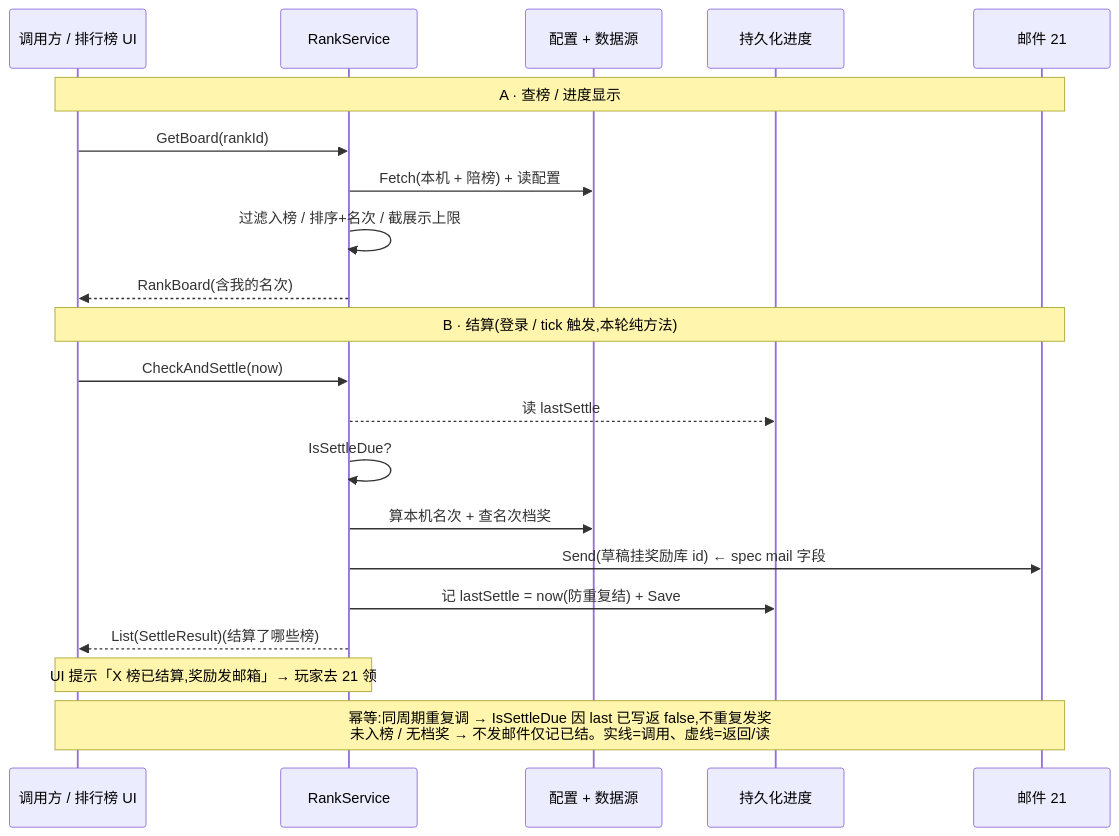
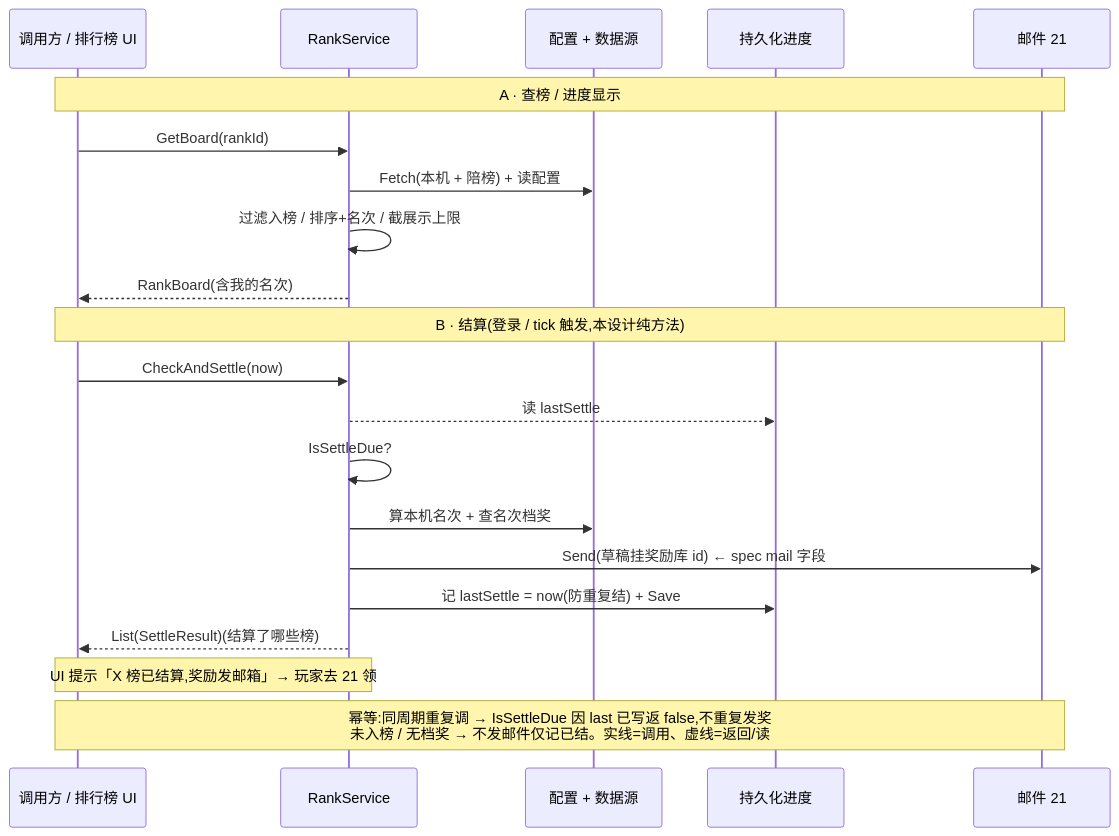
One commit to zhoupeng921101/TEngine_zp changed the second of 2 diagrams in UnityProject/design-docs/22-rank-system.md. Above: the diagram before and after it, drawn with Mermaid. The commit also changed other lines of this file and 11 other files, not shown here.

````diff
--- a/UnityProject/design-docs/22-rank-system.md
+++ b/UnityProject/design-docs/22-rank-system.md
@@ -485,23 +485,23 @@
 ```mermaid
 sequenceDiagram
     participant U as 调用方 / 排行榜 UI
     participant R as RankService
     participant C as 配置 + 数据源
     participant P as 持久化进度
     participant M as 邮件 21
     Note over U,M: A · 查榜 / 进度显示
     U->>R: GetBoard(rankId)
     R->>C: Fetch(本机 + 陪榜) + 读配置
     R->>R: 过滤入榜 / 排序+名次 / 截展示上限
     R-->>U: RankBoard(含我的名次)
-    Note over U,M: B · 结算(登录 / tick 触发,本轮纯方法)
+    Note over U,M: B · 结算(登录 / tick 触发,本设计纯方法)
     U->>R: CheckAndSettle(now)
     R-->>P: 读 lastSettle
     R->>R: IsSettleDue?
     R->>C: 算本机名次 + 查名次档奖
     R->>M: Send(草稿挂奖励库 id) ← spec mail 字段
     R->>P: 记 lastSettle = now(防重复结) + Save
     R-->>U: List(SettleResult)(结算了哪些榜)
     Note over U,R: UI 提示「X 榜已结算,奖励发邮箱」→ 玩家去 21 领
     Note over U,M: 幂等:同周期重复调 → IsSettleDue 因 last 已写返 false,不重复发奖<br/>未入榜 / 无档奖 → 不发邮件仅记已结。实线=调用、虚线=返回/读
 ```
````
